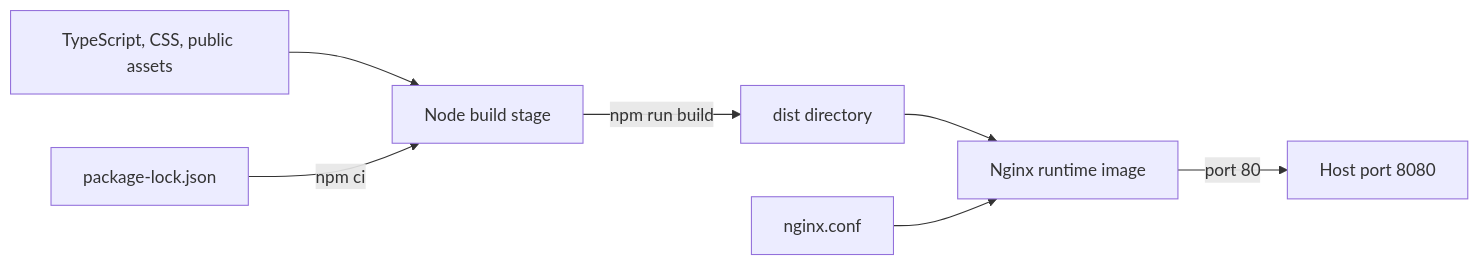
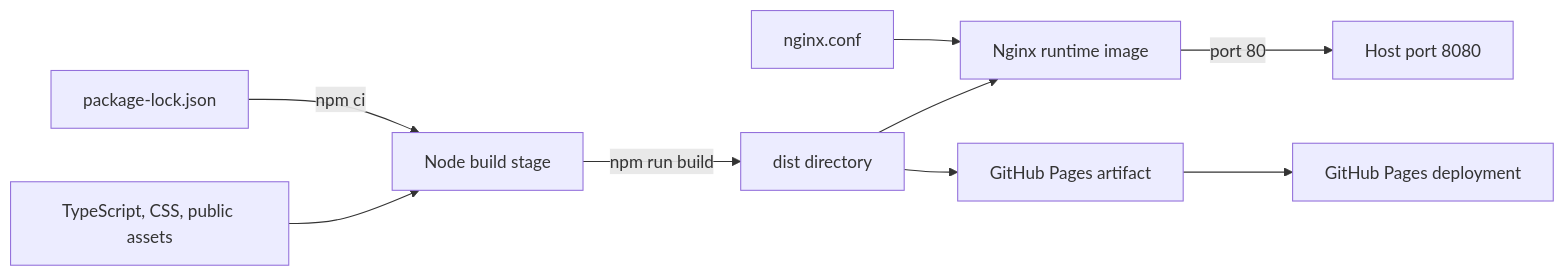
One commit to RandomRunt/UNSWMicromouseDemo changed the third of 3 diagrams in micromouse-showcase/docs/architecture/README.md. Above: the diagram before and after it, drawn with Mermaid. The commit also changed other lines of this file and 28 other files, not shown here.

````diff
--- a/micromouse-showcase/docs/architecture/README.md
+++ b/micromouse-showcase/docs/architecture/README.md
@@ -150,9 +165,11 @@
 ```mermaid
 flowchart LR
     Source[TypeScript, CSS, public assets] --> Node[Node build stage]
     Lock[package-lock.json] -->|npm ci| Node
     Node -->|npm run build| Dist[dist directory]
     Dist --> Nginx[Nginx runtime image]
     Config[nginx.conf] --> Nginx
     Nginx -->|port 80| Host[Host port 8080]
+    Dist --> Artifact[GitHub Pages artifact]
+    Artifact --> Pages[GitHub Pages deployment]
 ```
````
